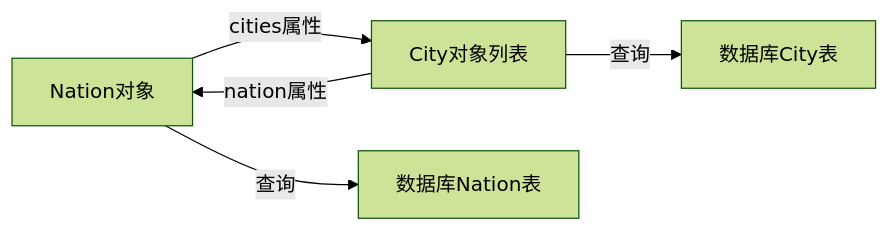
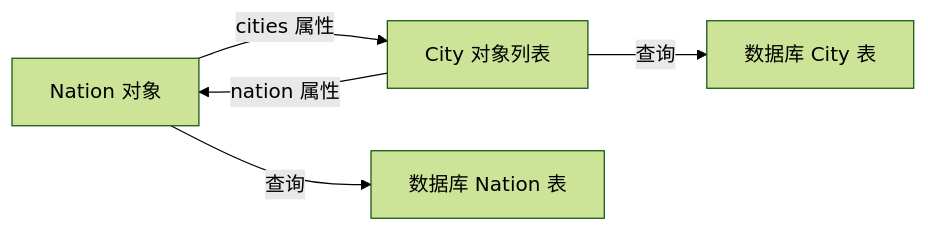
The second of 2 diagrams in docs/DB/SQLAlchemy一对多关系详解与实现.md (MuyuQ/MuyuQ.github.io), drawn with Mermaid (forest theme) before and after one commit. The commit also changed other lines of this file and 38 other files, not shown here.

````diff
--- a/docs/DB/SQLAlchemy一对多关系详解与实现.md
+++ b/docs/DB/SQLAlchemy一对多关系详解与实现.md
@@ -306,7 +248,7 @@
 ```mermaid
 graph LR
-    A[Nation对象] -- cities属性 --> B[City对象列表]
-    B -- nation属性 --> A
-    A -- 查询 --> C[数据库Nation表]
-    B -- 查询 --> D[数据库City表]
+    A[Nation 对象] -- cities 属性 --> B[City 对象列表]
+    B -- nation 属性 --> A
+    A -- 查询 --> C[数据库 Nation 表]
+    B -- 查询 --> D[数据库 City 表]
 ```
````
